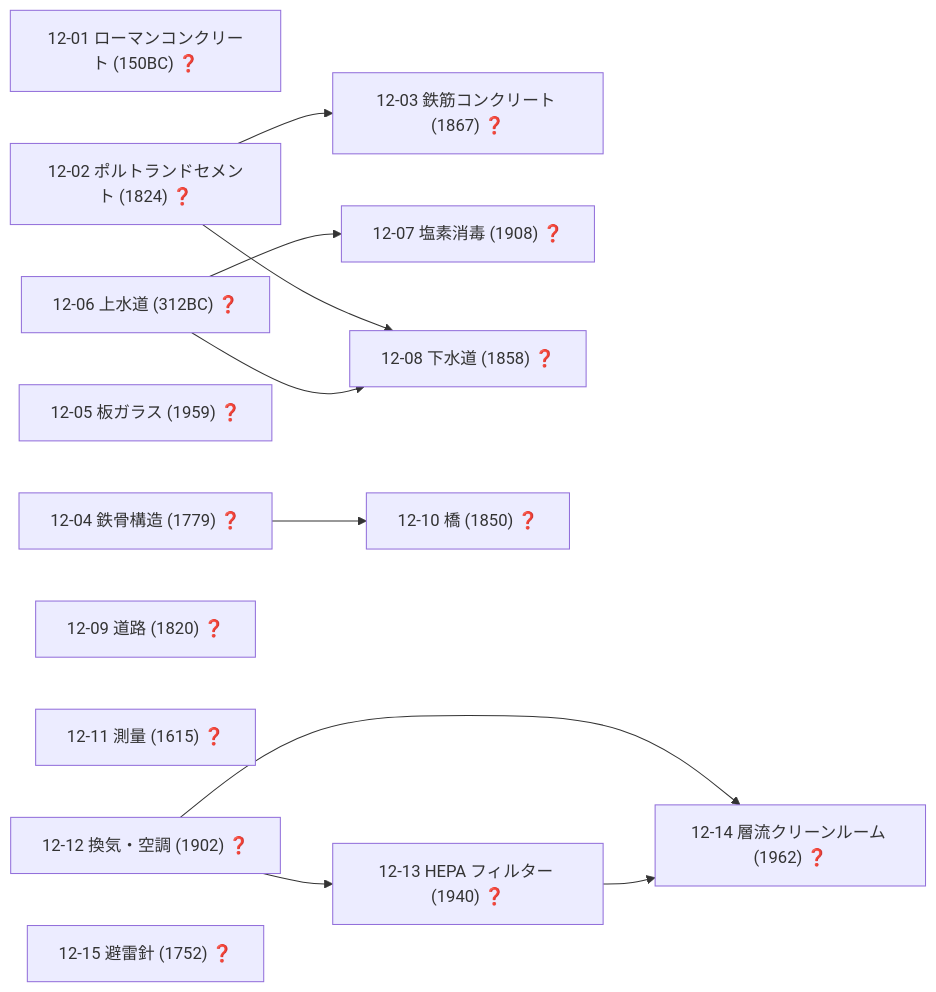
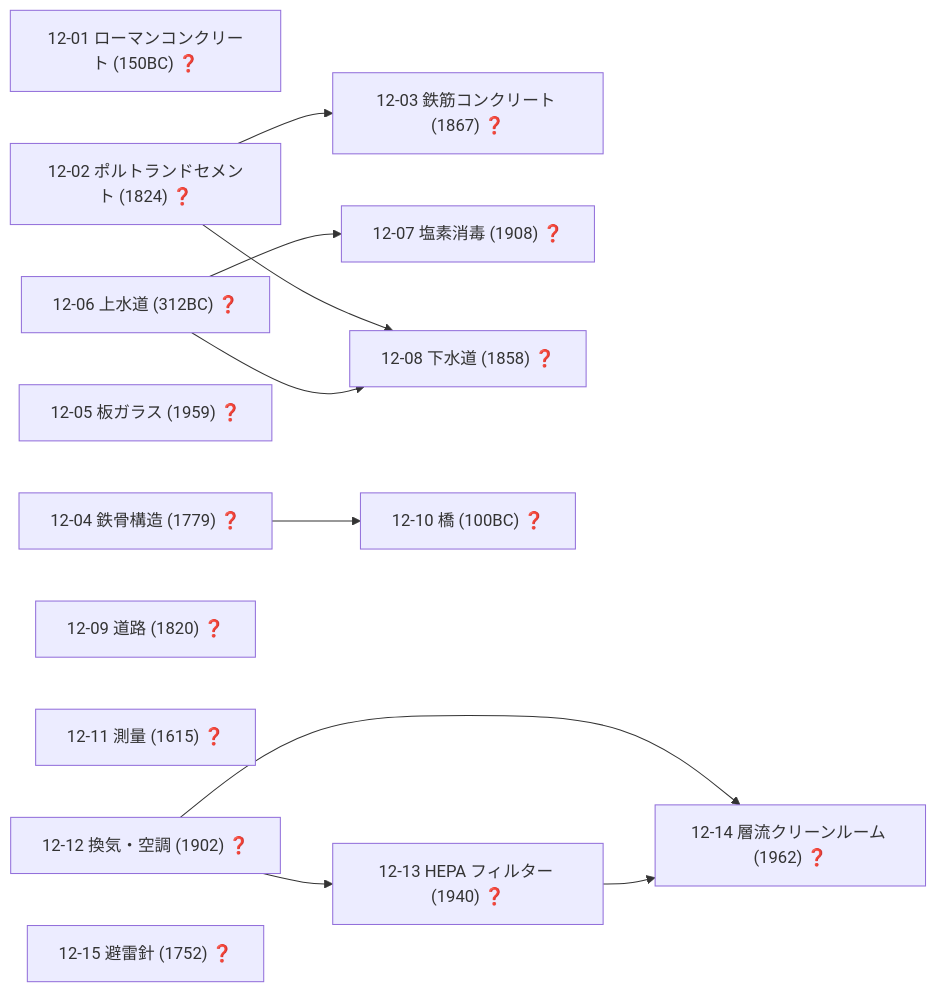
Diagram 15 of 19 in docs/TECH_TREE_VIEW.md (taku3i0317-collab/semiconductor-lab), drawn with Mermaid before and after one commit. The commit also changed other lines of this file and 7 other files, not shown here.

````diff
--- a/docs/TECH_TREE_VIEW.md
+++ b/docs/TECH_TREE_VIEW.md
@@ -695,26 +695,26 @@
 ```mermaid
 graph LR
   n12_01["12-01 ローマンコンクリート (150BC) ❓"]
   n12_02["12-02 ポルトランドセメント (1824) ❓"]
   n12_03["12-03 鉄筋コンクリート (1867) ❓"]
   n12_04["12-04 鉄骨構造 (1779) ❓"]
   n12_05["12-05 板ガラス (1959) ❓"]
   n12_06["12-06 上水道 (312BC) ❓"]
   n12_07["12-07 塩素消毒 (1908) ❓"]
   n12_08["12-08 下水道 (1858) ❓"]
   n12_09["12-09 道路 (1820) ❓"]
-  n12_10["12-10 橋 (1850) ❓"]
+  n12_10["12-10 橋 (100BC) ❓"]
   n12_11["12-11 測量 (1615) ❓"]
   n12_12["12-12 換気・空調 (1902) ❓"]
   n12_13["12-13 HEPA フィルター (1940) ❓"]
   n12_14["12-14 層流クリーンルーム (1962) ❓"]
   n12_15["12-15 避雷針 (1752) ❓"]
   n12_02-->n12_03
   n12_06-->n12_07
   n12_02-->n12_08
   n12_06-->n12_08
   n12_04-->n12_10
   n12_12-->n12_13
   n12_12-->n12_14
   n12_13-->n12_14
 ```
````
